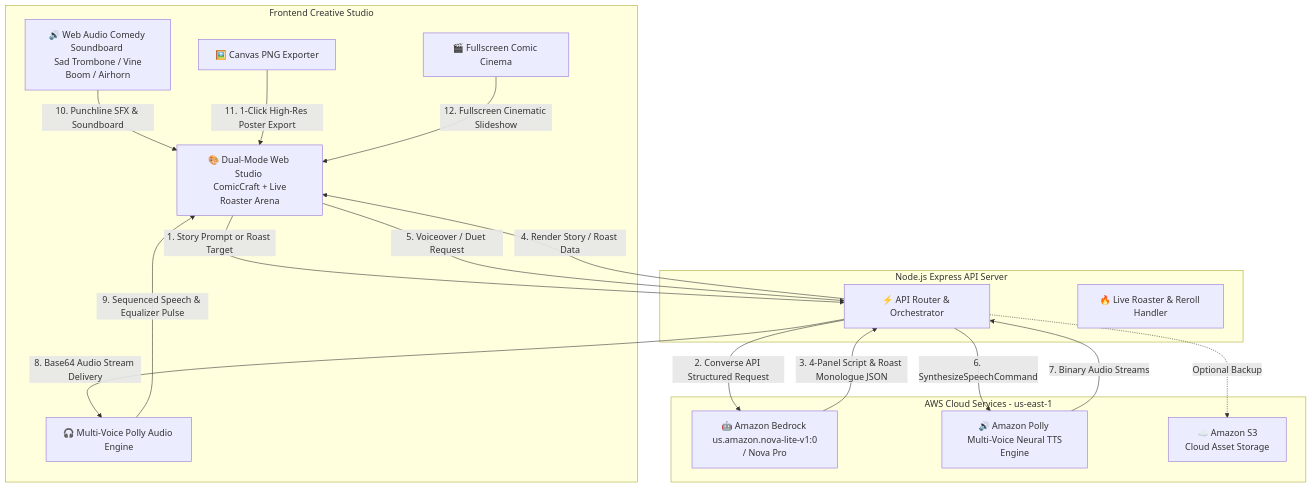
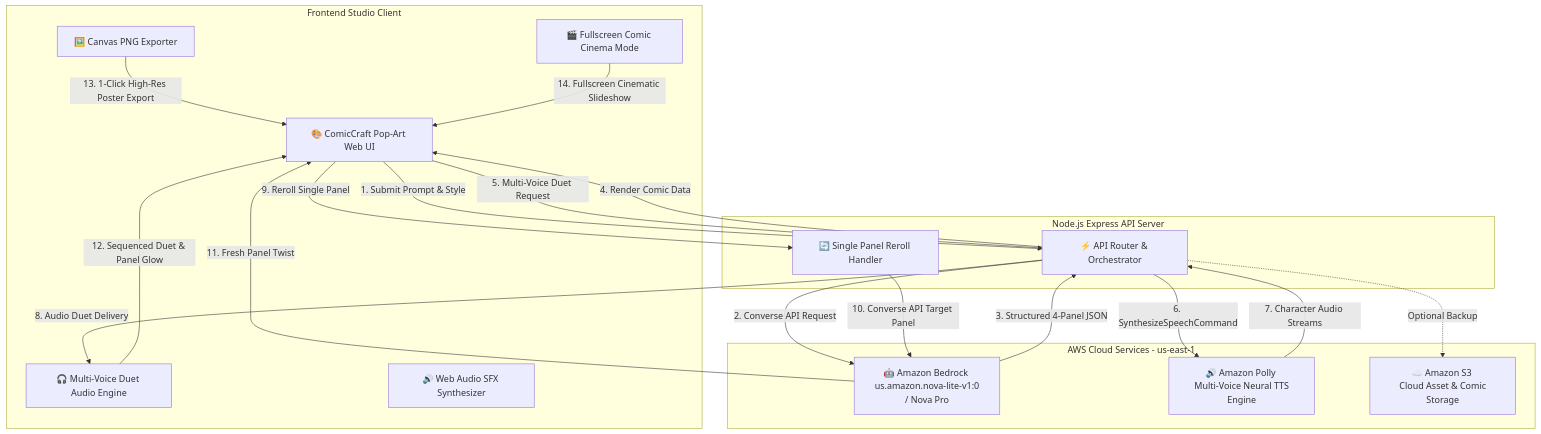
Before and after one commit to ianasriaz/AWS-Weekend-Challenge-Build-a-Creative-App: the diagram in AWS_BUILDER_CENTER_ARTICLE.md, drawn with Mermaid. The commit also changed other lines of this file and 4 other files, not shown here.

Commit message:
refactor: streamline ComicCraft AI Studio to focused single-page comic studio

````diff
--- a/AWS_BUILDER_CENTER_ARTICLE.md
+++ b/AWS_BUILDER_CENTER_ARTICLE.md
@@ -37,37 +25,40 @@
 ```mermaid
 graph TD
-    subgraph Client [Frontend Creative Studio]
-        UI[🎨 Dual-Mode Web Studio <br/> ComicCraft + Live Roaster Arena]
-        Cinema[🎬 Fullscreen Comic Cinema]
-        Audio[🎧 Multi-Voice Polly Audio Engine]
-        SFX[🔊 Web Audio Comedy Soundboard <br/> Sad Trombone / Vine Boom / Airhorn]
+    subgraph Client [Frontend Studio Client]
+        UI[🎨 ComicCraft Pop-Art Web UI]
+        Cinema[🎬 Fullscreen Comic Cinema Mode]
+        Audio[🎧 Multi-Voice Duet Audio Engine]
+        SFX[🔊 Web Audio SFX Synthesizer]
         Canvas[🖼️ Canvas PNG Exporter]
     end
 
     subgraph Backend [Node.js Express API Server]
         Router[⚡ API Router & Orchestrator]
-        RoastEngine[🔥 Live Roaster & Reroll Handler]
+        Reroll[🔄 Single Panel Reroll Handler]
     end
 
     subgraph AWS [AWS Cloud Services - us-east-1]
         Bedrock[🤖 Amazon Bedrock <br/> us.amazon.nova-lite-v1:0 / Nova Pro]
         Polly[🔊 Amazon Polly <br/> Multi-Voice Neural TTS Engine]
-        S3[☁️ Amazon S3 <br/> Cloud Asset Storage]
+        S3[☁️ Amazon S3 <br/> Cloud Asset & Comic Storage]
     end
 
-    UI -->|1. Story Prompt or Roast Target| Router
-    Router -->|2. Converse API Structured Request| Bedrock
-    Bedrock -->|3. 4-Panel Script & Roast Monologue JSON| Router
-    Router -->|4. Render Story / Roast Data| UI
+    UI -->|1. Submit Prompt & Style| Router
+    Router -->|2. Converse API Request| Bedrock
+    Bedrock -->|3. Structured 4-Panel JSON| Router
+    Router -->|4. Render Comic Data| UI
 
-    UI -->|5. Voiceover / Duet Request| Router
+    UI -->|5. Multi-Voice Duet Request| Router
     Router -->|6. SynthesizeSpeechCommand| Polly
-    Polly -->|7. Binary Audio Streams| Router
-    Router -->|8. Base64 Audio Stream Delivery| Audio
+    Polly -->|7. Character Audio Streams| Router
+    Router -->|8. Audio Duet Delivery| Audio
 
-    Audio -->|9. Sequenced Speech & Equalizer Pulse| UI
-    SFX -->|10. Punchline SFX & Soundboard| UI
-    Canvas -->|11. 1-Click High-Res Poster Export| UI
-    Cinema -->|12. Fullscreen Cinematic Slideshow| UI
+    UI -->|9. Reroll Single Panel| Reroll
+    Reroll -->|10. Converse API Target Panel| Bedrock
+    Bedrock -->|11. Fresh Panel Twist| UI
+
+    Audio -->|12. Sequenced Duet & Panel Glow| UI
+    Canvas -->|13. 1-Click High-Res Poster Export| UI
+    Cinema -->|14. Fullscreen Cinematic Slideshow| UI
     Router -.->|Optional Backup| S3
 ```
````
